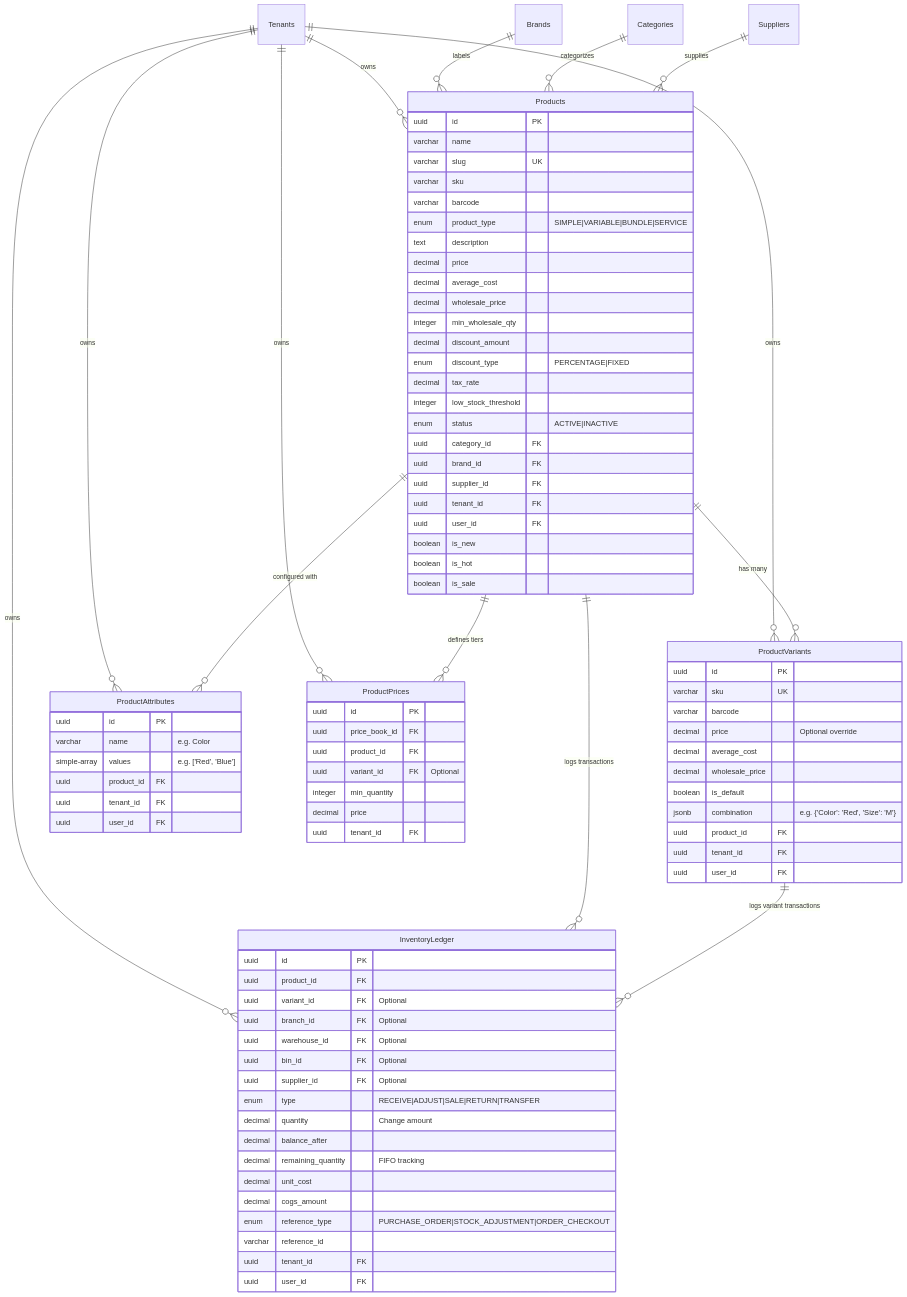
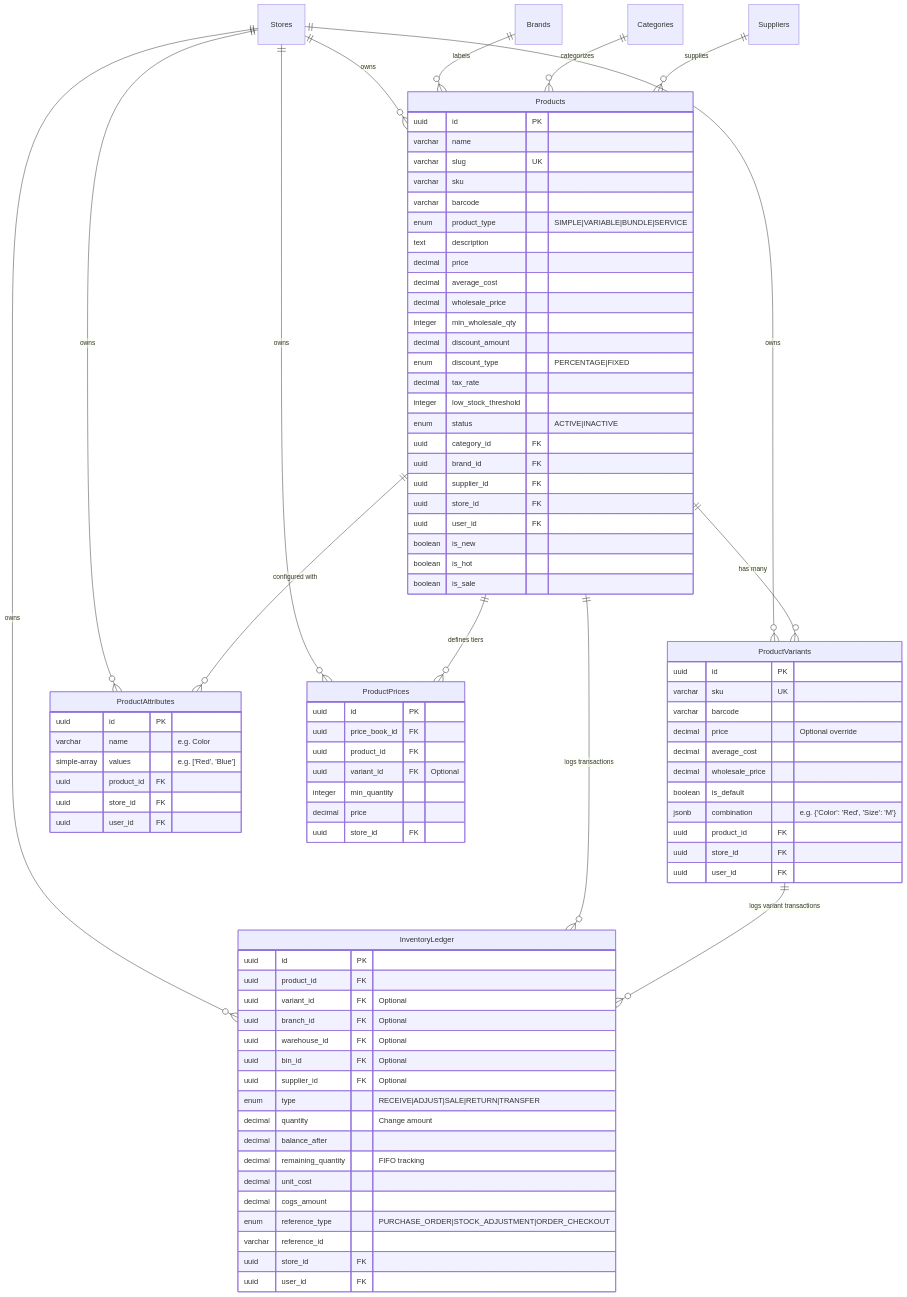
The first of 4 diagrams in doc/system-design/product_module_guide.md (gowtamkumar/eCommerce-multi-store-saas-erp), drawn with Mermaid before and after one commit. The commit also changed other lines of this file and 764 other files, not shown here.

````diff
--- a/doc/system-design/product_module_guide.md
+++ b/doc/system-design/product_module_guide.md
@@ -24,10 +24,10 @@
 ```mermaid
 erDiagram
-    Tenants ||--o{ Products : owns
-    Tenants ||--o{ ProductVariants : owns
-    Tenants ||--o{ ProductAttributes : owns
-    Tenants ||--o{ InventoryLedger : owns
-    Tenants ||--o{ ProductPrices : owns
+    Stores ||--o{ Products : owns
+    Stores ||--o{ ProductVariants : owns
+    Stores ||--o{ ProductAttributes : owns
+    Stores ||--o{ InventoryLedger : owns
+    Stores ||--o{ ProductPrices : owns
 
     Brands ||--o{ Products : labels
     Categories ||--o{ Products : categorizes
@@ -60,7 +60,7 @@
         uuid category_id FK
         uuid brand_id FK
         uuid supplier_id FK
-        uuid tenant_id FK
+        uuid store_id FK
         uuid user_id FK
         boolean is_new
         boolean is_hot
@@ -77,7 +77,7 @@
         boolean is_default
         jsonb combination "e.g. {'Color': 'Red', 'Size': 'M'}"
         uuid product_id FK
-        uuid tenant_id FK
+        uuid store_id FK
         uuid user_id FK
     }
 
@@ -86,7 +86,7 @@
         varchar name "e.g. Color"
         simple-array values "e.g. ['Red', 'Blue']"
         uuid product_id FK
-        uuid tenant_id FK
+        uuid store_id FK
         uuid user_id FK
     }
 
@@ -106,7 +106,7 @@
         decimal cogs_amount
         enum reference_type "PURCHASE_ORDER|STOCK_ADJUSTMENT|ORDER_CHECKOUT"
         varchar reference_id
-        uuid tenant_id FK
+        uuid store_id FK
         uuid user_id FK
     }
 
@@ -117,6 +117,6 @@
         uuid variant_id FK "Optional"
         integer min_quantity
         decimal price
-        uuid tenant_id FK
+        uuid store_id FK
     }
 ```
````
